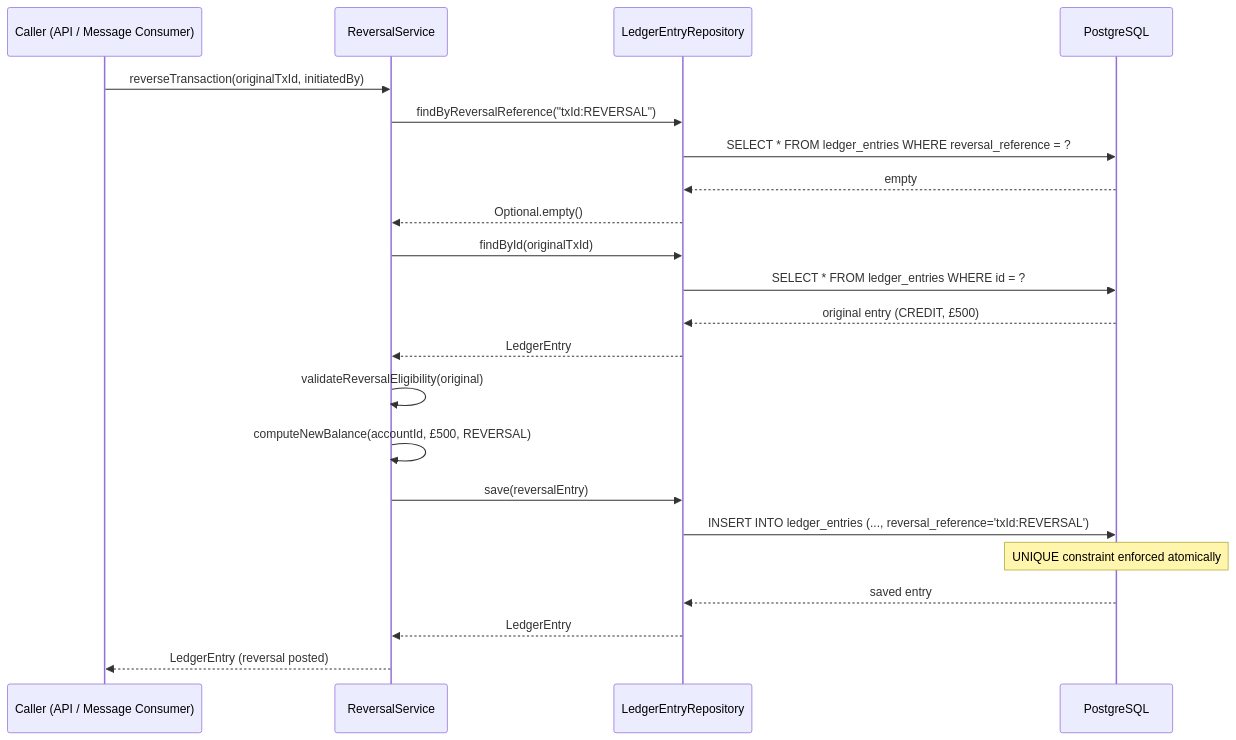
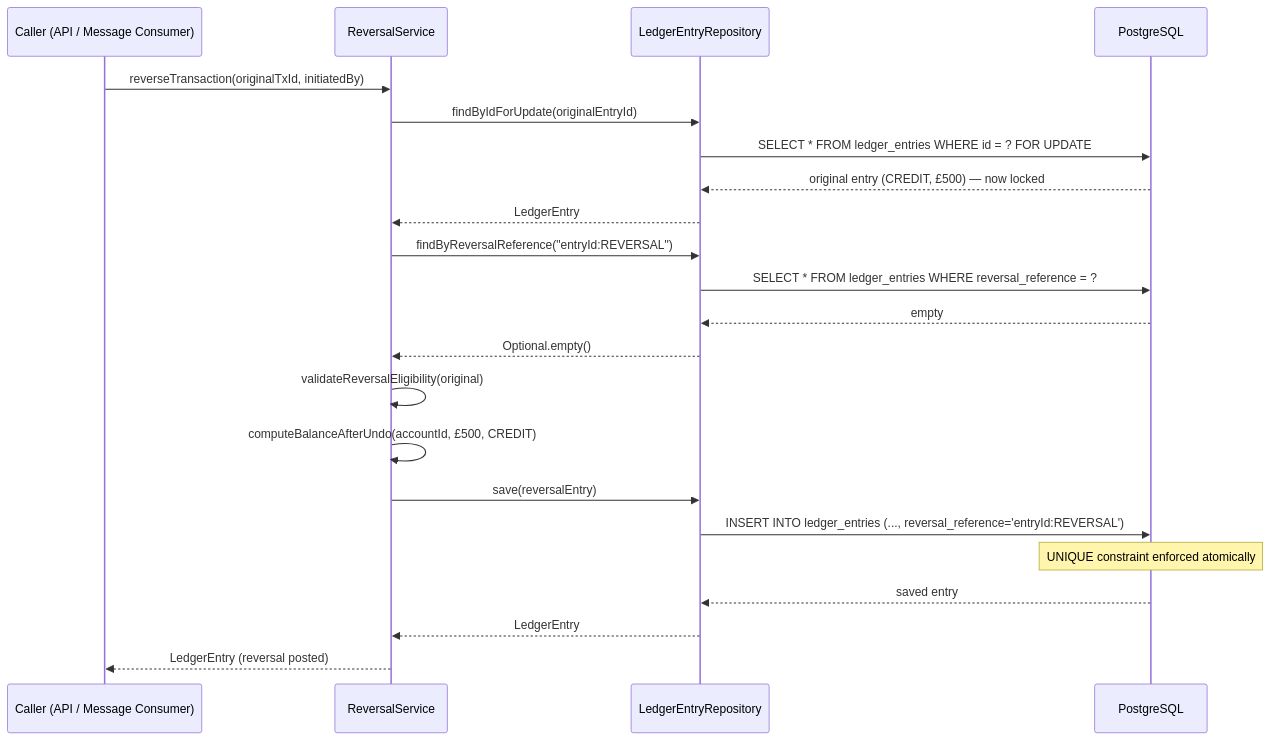
The second of 2 diagrams in docs/content/tracks/track-05-transaction-integrity/lesson-23-compensating-transactions/index.md (mostafasroor1983/fintech-engineering-mastery), drawn with Mermaid before and after one commit. The commit also changed other lines of this file and 345 other files, not shown here.

````diff
--- a/docs/content/tracks/track-05-transaction-integrity/lesson-23-compensating-transactions/index.md
+++ b/docs/content/tracks/track-05-transaction-integrity/lesson-23-compensating-transactions/index.md
@@ -408,28 +458,28 @@
 ```mermaid
 sequenceDiagram
     participant Caller as Caller (API / Message Consumer)
     participant RS as ReversalService
     participant Repo as LedgerEntryRepository
     participant DB as PostgreSQL
 
     Caller->>RS: reverseTransaction(originalTxId, initiatedBy)
-    RS->>Repo: findByReversalReference("txId:REVERSAL")
+    RS->>Repo: findByIdForUpdate(originalEntryId)
+    Repo->>DB: SELECT * FROM ledger_entries WHERE id = ? FOR UPDATE
+    DB-->>Repo: original entry (CREDIT, £500) — now locked
+    Repo-->>RS: LedgerEntry
+
+    RS->>Repo: findByReversalReference("entryId:REVERSAL")
     Repo->>DB: SELECT * FROM ledger_entries WHERE reversal_reference = ?
     DB-->>Repo: empty
     Repo-->>RS: Optional.empty()
 
-    RS->>Repo: findById(originalTxId)
-    Repo->>DB: SELECT * FROM ledger_entries WHERE id = ?
-    DB-->>Repo: original entry (CREDIT, £500)
-    Repo-->>RS: LedgerEntry
-
     RS->>RS: validateReversalEligibility(original)
-    RS->>RS: computeNewBalance(accountId, £500, REVERSAL)
+    RS->>RS: computeBalanceAfterUndo(accountId, £500, CREDIT)
 
     RS->>Repo: save(reversalEntry)
-    Repo->>DB: INSERT INTO ledger_entries (..., reversal_reference='txId:REVERSAL')
+    Repo->>DB: INSERT INTO ledger_entries (..., reversal_reference='entryId:REVERSAL')
     Note over DB: UNIQUE constraint enforced atomically
     DB-->>Repo: saved entry
     Repo-->>RS: LedgerEntry
     RS-->>Caller: LedgerEntry (reversal posted)
 ```
````
